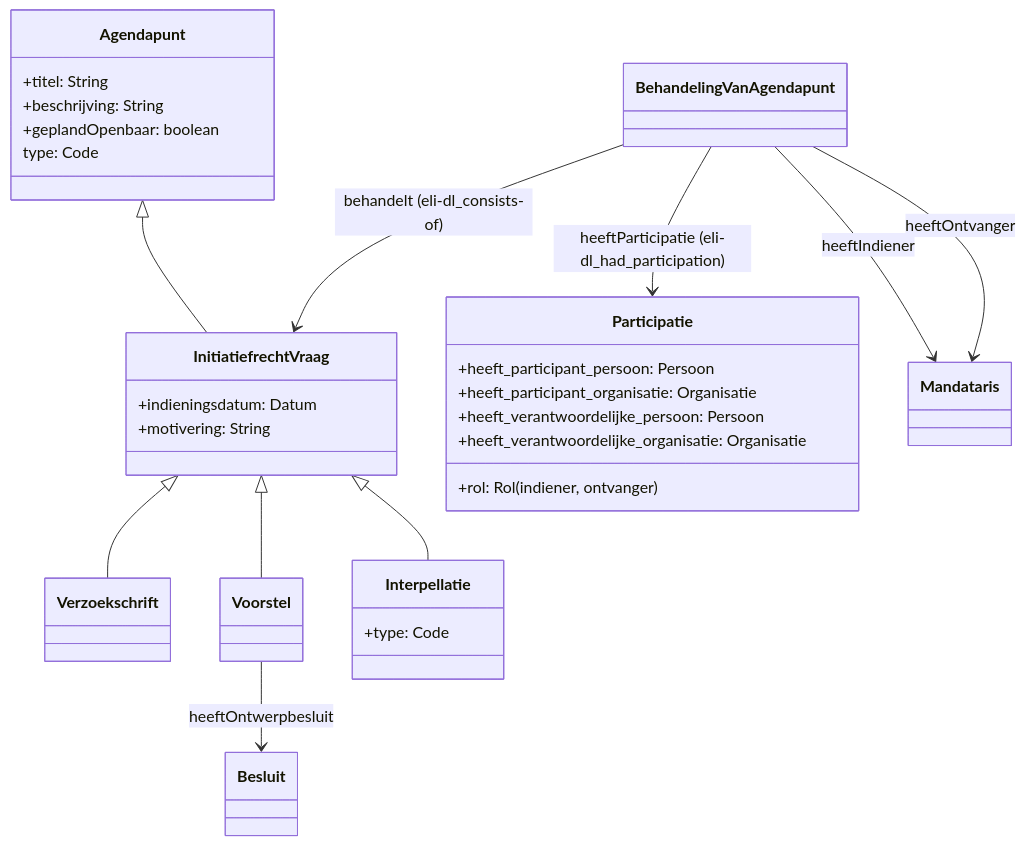
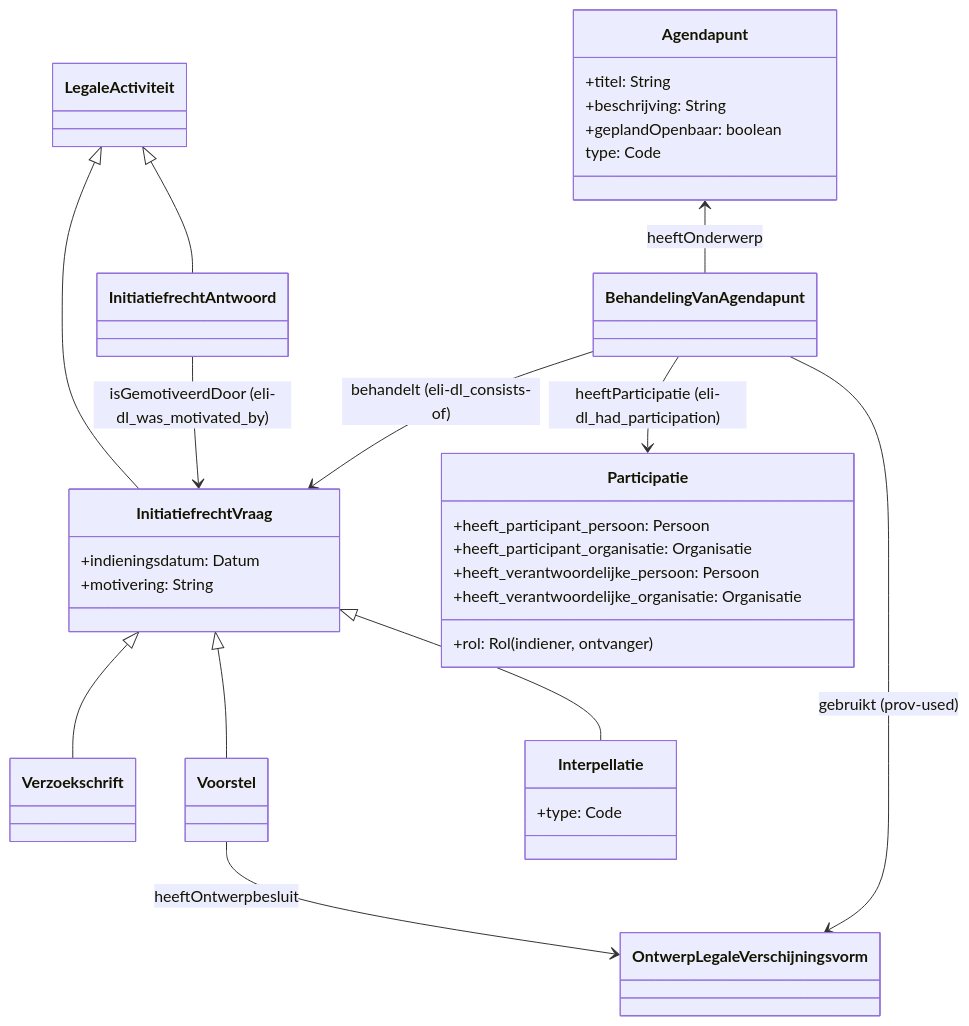
One commit to Informatievlaanderen/OSLOthema-slimmeRaadpleegOmgeving changed the tenth of 10 diagrams in README.md. Above: the diagram before and after it, drawn with Mermaid.

Commit message:
Update initiatiefrecht

````diff
--- a/README.md
+++ b/README.md
@@ -344,36 +344,39 @@
 ```mermaid
 classDiagram
-    Agendapunt <|-- InitiatiefrechtVraag 
+    Agendapunt <-- BehandelingVanAgendapunt: heeftOnderwerp
+    LegaleActiviteit <|-- InitiatiefrechtVraag
+    LegaleActiviteit <|-- InitiatiefrechtAntwoord
+    InitiatiefrechtAntwoord --> InitiatiefrechtVraag : isGemotiveerdDoor (eli-dl_was_motivated_by)
     BehandelingVanAgendapunt --> InitiatiefrechtVraag: behandelt (eli-dl_consists-of)
     InitiatiefrechtVraag <|-- Verzoekschrift
     InitiatiefrechtVraag <|-- Voorstel
     InitiatiefrechtVraag <|-- Interpellatie
 
-    Voorstel --> Besluit: heeftOntwerpbesluit
+    Voorstel --> OntwerpLegaleVerschijningsvorm: heeftOntwerpbesluit
     BehandelingVanAgendapunt --> Participatie: heeftParticipatie (eli-dl_had_participation)
-    BehandelingVanAgendapunt --> Mandataris: heeftIndiener
-    BehandelingVanAgendapunt --> Mandataris: heeftOntvanger
+
+    BehandelingVanAgendapunt --> OntwerpLegaleVerschijningsvorm: gebruikt (prov-used)
 
     class Agendapunt {
       +titel: String
       +beschrijving: String
       +geplandOpenbaar: boolean
       type: Code
     }
     class InitiatiefrechtVraag {
       +indieningsdatum: Datum
       +motivering: String
     }
     class Participatie {
       +heeft_participant_persoon: Persoon
       +heeft_participant_organisatie: Organisatie
       +rol: Rol (indiener, ontvanger)
       +heeft_verantwoordelijke_persoon: Persoon
      +heeft_verantwoordelijke_organisatie: Organisatie
     }
 
     class Interpellatie {
       +type: Code
     }
   
 ```
````
